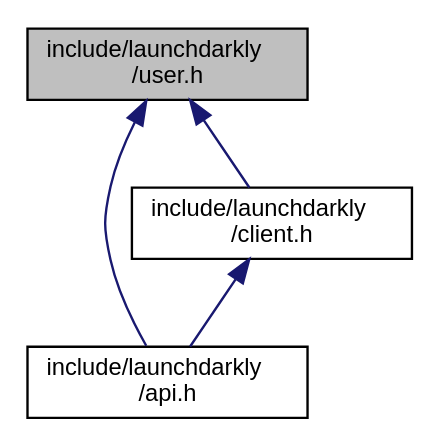
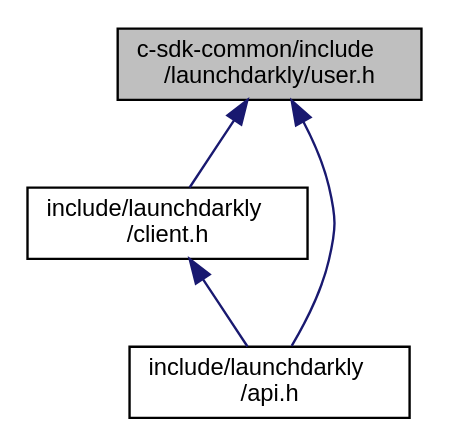
One commit to launchdarkly/c-client-sdk changed the diagram in user_8h__dep__incl.dot. Above: the diagram before and after it, drawn with Graphviz. The commit also changed 59 other files, not shown here.

```diff
--- a/user_8h__dep__incl.dot
+++ b/user_8h__dep__incl.dot
@@ -1,11 +1,11 @@
-digraph "include/launchdarkly/user.h"
+digraph "c-sdk-common/include/launchdarkly/user.h"
 {
   edge [fontname="Helvetica",fontsize="10",labelfontname="Helvetica",labelfontsize="10"];
   node [fontname="Helvetica",fontsize="10",shape=record];
-  Node4 [label="include/launchdarkly\l/user.h",height=0.2,width=0.4,color="black", fillcolor="grey75", style="filled", fontcolor="black"];
+  Node4 [label="c-sdk-common/include\l/launchdarkly/user.h",height=0.2,width=0.4,color="black", fillcolor="grey75", style="filled", fontcolor="black"];
   Node4 -> Node5 [dir="back",color="midnightblue",fontsize="10",style="solid",fontname="Helvetica"];
-  Node5 [label="include/launchdarkly\l/api.h",height=0.2,width=0.4,color="black", fillcolor="white", style="filled",URL="$api_8h.html",tooltip="Public API. Include this for every public operation. "];
+  Node5 [label="include/launchdarkly\l/client.h",height=0.2,width=0.4,color="black", fillcolor="white", style="filled",URL="$client_8h.html",tooltip="Public Client control and variations. "];
+  Node5 -> Node6 [dir="back",color="midnightblue",fontsize="10",style="solid",fontname="Helvetica"];
+  Node6 [label="include/launchdarkly\l/api.h",height=0.2,width=0.4,color="black", fillcolor="white", style="filled",URL="$api_8h.html",tooltip="Public API. Include this for every public operation. "];
   Node4 -> Node6 [dir="back",color="midnightblue",fontsize="10",style="solid",fontname="Helvetica"];
-  Node6 [label="include/launchdarkly\l/client.h",height=0.2,width=0.4,color="black", fillcolor="white", style="filled",URL="$client_8h.html",tooltip="Public Client control and variations. "];
-  Node6 -> Node5 [dir="back",color="midnightblue",fontsize="10",style="solid",fontname="Helvetica"];
 }
```
